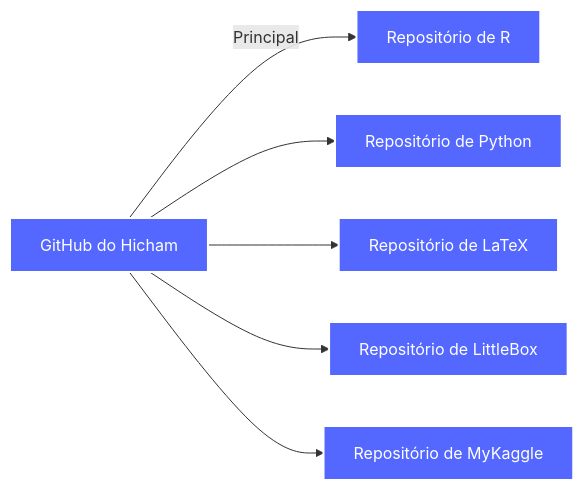
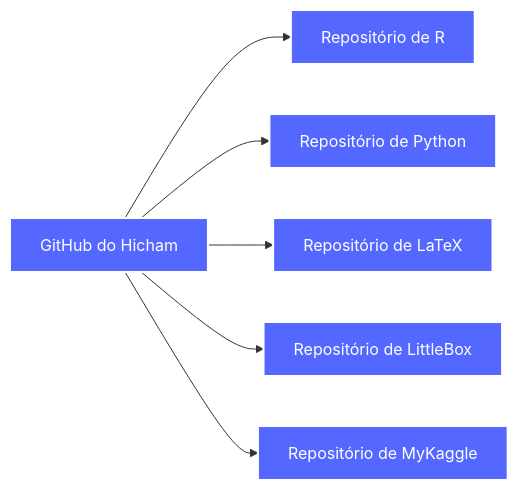
Before and after one commit to Hic-Tayfour/Hic-Tayfour: the first of 3 diagrams in README.md, drawn with Mermaid.

````diff
--- a/README.md
+++ b/README.md
@@ -43,16 +43,16 @@
 ```mermaid
 graph LR
     %% Definindo estilos personalizados para as caixas com base no tema "algolia"
     classDef reposit color:#fff, fill:#5468FF, stroke:#ffffff, stroke-width:2px;
     
     %% Definindo o GitHub como ponto de entrada
-    HT[GitHub do Hicham] -->|Principal| R[Repositório de R]
+    HT[GitHub do Hicham] -->R[Repositório de R]
     HT --> Py[Repositório de Python]
     HT --> Tex[Repositório de LaTeX]
     HT --> LB[Repositório de LittleBox]
     HT --> MK[Repositório de MyKaggle]
     
     %% Aplicando classes de estilo aos nós principais
     class HT reposit;
     class R,Py,Tex,LB,MK reposit;
 ```
````
